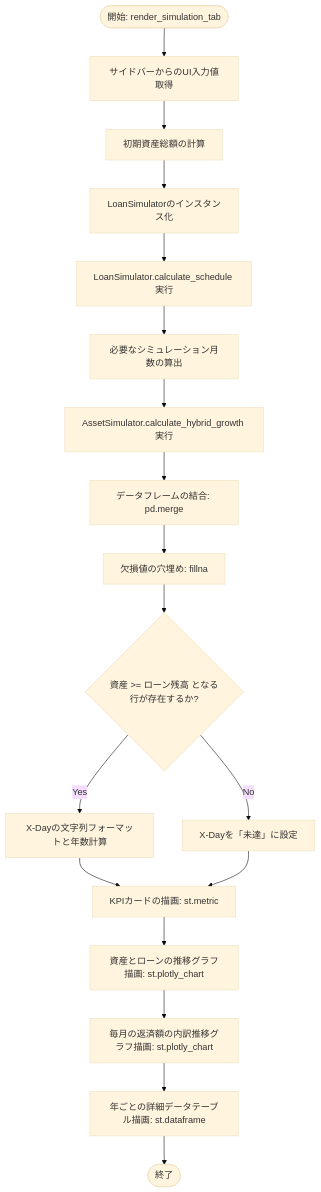
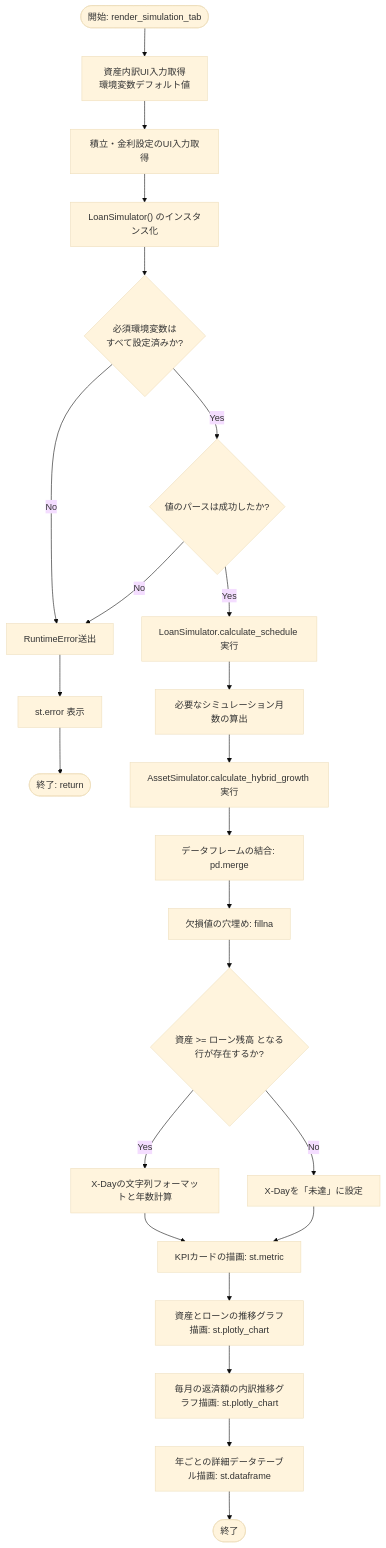
The first of 2 diagrams in docs/specifications/MY_HOME_SYSTEM/financial_service.md (mmtigers/my_python_project), drawn with Mermaid (base theme) before and after one commit. The commit also changed other lines of this file and 47 other files, not shown here.

````diff
--- a/docs/specifications/MY_HOME_SYSTEM/financial_service.md
+++ b/docs/specifications/MY_HOME_SYSTEM/financial_service.md
@@ -172,21 +245,25 @@
 ```mermaid
 flowchart TD
-    Start([開始: render_simulation_tab]) --> UI_Inputs[サイドバーからのUI入力値取得]
-    UI_Inputs --> Calc_Init[初期資産総額の計算]
-    Calc_Init --> Init_LoanSim[LoanSimulatorのインスタンス化]
-    Init_LoanSim --> Exec_LoanSim[LoanSimulator.calculate_schedule 実行]
+    Start([開始: render_simulation_tab]) --> UI_Assets[資産内訳UI入力取得<br>環境変数デフォルト値]
+    UI_Assets --> UI_Inputs[積立・金利設定のUI入力取得]
+    UI_Inputs --> Init_LoanSim["LoanSimulator() のインスタンス化"]
+    Init_LoanSim --> EnvCheck{必須環境変数は<br>すべて設定済みか?}
+    EnvCheck -- No --> RaiseErr["RuntimeError送出"] --> ShowErr["st.error 表示"] --> End_Early([終了: return])
+    EnvCheck -- Yes --> ParseCheck{値のパースは成功したか?}
+    ParseCheck -- No --> RaiseErr
+    ParseCheck -- Yes --> Exec_LoanSim[LoanSimulator.calculate_schedule 実行]
     Exec_LoanSim --> Init_AssetSim[必要なシミュレーション月数の算出]
     Init_AssetSim --> Exec_AssetSim[AssetSimulator.calculate_hybrid_growth 実行]
     Exec_AssetSim --> Merge_DF[データフレームの結合: pd.merge]
     Merge_DF --> Fill_NaN[欠損値の穴埋め: fillna]
     Fill_NaN --> Calc_XDay{資産 >= ローン残高 となる行が存在するか?}
     Calc_XDay -- Yes --> Format_XDay[X-Dayの文字列フォーマットと年数計算]
     Calc_XDay -- No --> Format_MissDay[X-Dayを「未達」に設定]
     Format_XDay --> Render_KPI[KPIカードの描画: st.metric]
     Format_MissDay --> Render_KPI
     Render_KPI --> Render_Chart1[資産とローンの推移グラフ描画: st.plotly_chart]
     Render_Chart1 --> Render_Chart2[毎月の返済額の内訳推移グラフ描画: st.plotly_chart]
     Render_Chart2 --> Render_Table[年ごとの詳細データテーブル描画: st.dataframe]
     Render_Table --> End([終了])
 
 ```
````
